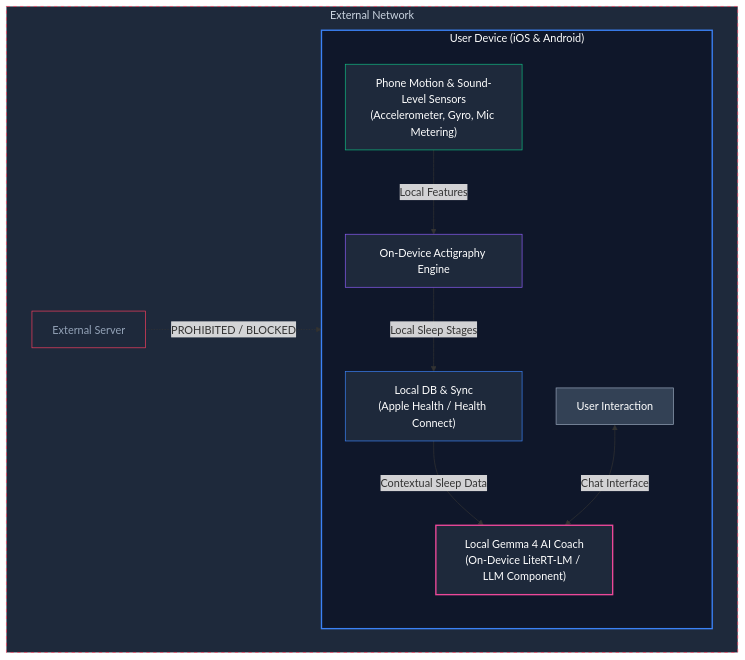
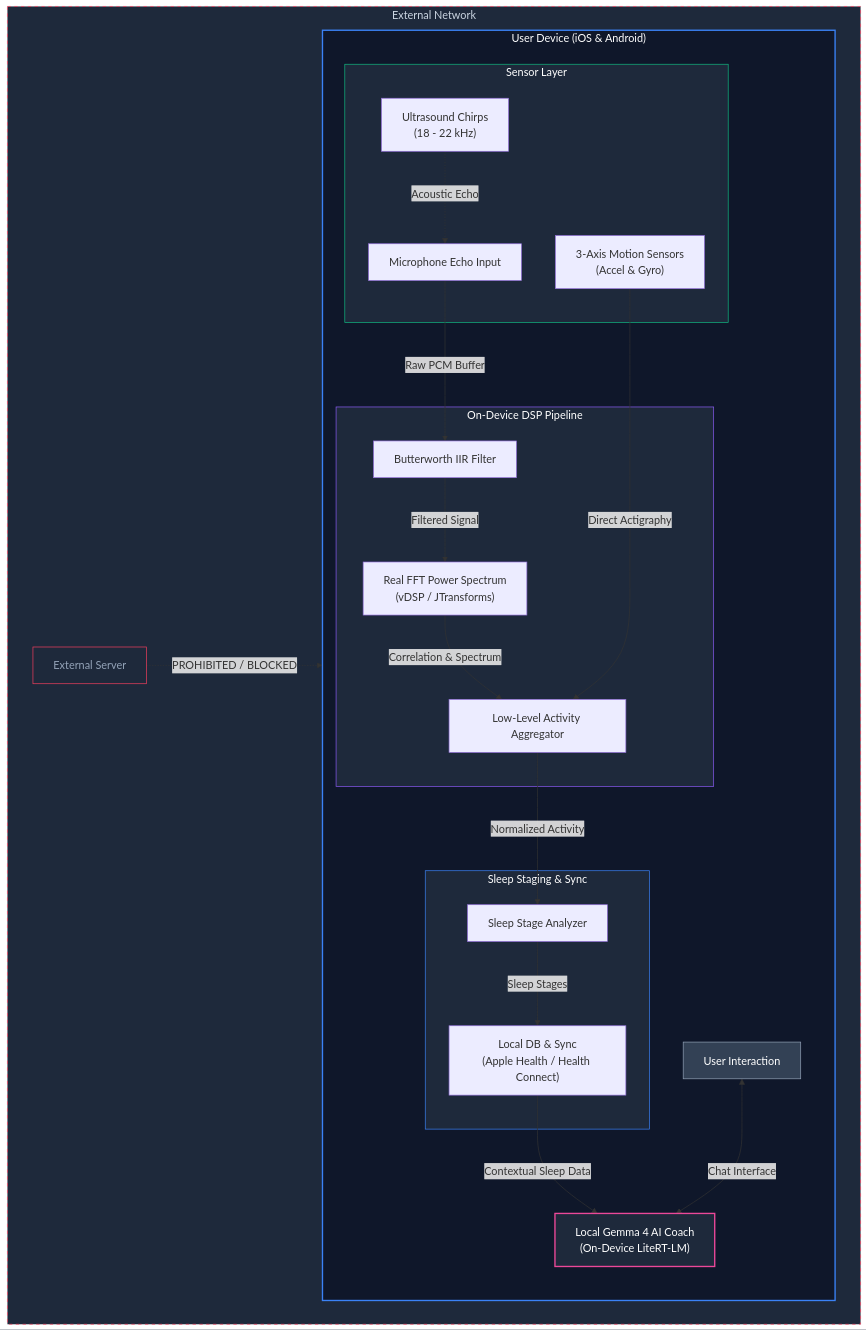
One commit to timmyy123/opensleep changed the diagram in README.md. Above: the diagram before and after it, drawn with Mermaid. The commit also changed other lines of this file and 4 other files, not shown here.

````diff
--- a/README.md
+++ b/README.md
@@ -47,24 +47,46 @@
 ```mermaid
 graph TD
     subgraph Device ["User Device (iOS & Android)"]
-        Sensors["Phone Motion & Sound-Level Sensors<br>(Accelerometer, Gyro, Mic Metering)"] -->|Local Features| Processor["On-Device Actigraphy Engine"]
-        Processor -->|Local Sleep Stages| Storage["Local DB & Sync<br>(Apple Health / Health Connect)"]
+        subgraph Sensors ["Sensor Layer"]
+            Speaker["Ultrasound Chirps<br>(18 - 22 kHz)"]
+            Mic["Microphone Echo Input"]
+            Motion["3-Axis Motion Sensors<br>(Accel & Gyro)"]
+        end
+
+        subgraph DSP ["On-Device DSP Pipeline"]
+            IIR["Butterworth IIR Filter"]
+            FFT["Real FFT Power Spectrum<br>(vDSP / JTransforms)"]
+            Aggregator["Low-Level Activity Aggregator"]
+        end
+
+        subgraph Staging ["Sleep Staging & Sync"]
+            Analyzer["Sleep Stage Analyzer"]
+            Storage["Local DB & Sync<br>(Apple Health / Health Connect)"]
+        end
+
+        Speaker -.->|Acoustic Echo| Mic
+        Mic -->|Raw PCM Buffer| IIR
+        IIR -->|Filtered Signal| FFT
+        FFT -->|Correlation & Spectrum| Aggregator
+        Motion -->|Direct Actigraphy| Aggregator
+        Aggregator -->|Normalized Activity| Analyzer
+        Analyzer -->|Sleep Stages| Storage
         
-        Storage -->|Contextual Sleep Data| AI["Local Gemma 4 AI Coach<br>(On-Device LiteRT-LM / LLM Component)"]
+        Storage -->|Contextual Sleep Data| AI["Local Gemma 4 AI Coach<br>(On-Device LiteRT-LM)"]
         User["User Interaction"] <-->|Chat Interface| AI
     end
     
     subgraph Cloud ["External Network"]
         direction LR
         Server["External Server"] -.->|PROHIBITED / BLOCKED| Device
     end
     
     style Device fill:#0f172a,stroke:#3b82f6,stroke-width:2px,color:#fff
     style Cloud fill:#1e293b,stroke:#f43f5e,stroke-width:1px,stroke-dasharray: 5 5,color:#cbd5e1
     style Sensors fill:#1e293b,stroke:#10b981,stroke-width:1px,color:#fff
-    style Processor fill:#1e293b,stroke:#8b5cf6,stroke-width:1px,color:#fff
-    style Storage fill:#1e293b,stroke:#3b82f6,stroke-width:1px,color:#fff
+    style DSP fill:#1e293b,stroke:#8b5cf6,stroke-width:1px,color:#fff
+    style Staging fill:#1e293b,stroke:#3b82f6,stroke-width:1px,color:#fff
     style AI fill:#1e293b,stroke:#ec4899,stroke-width:2px,color:#fff
     style User fill:#334155,stroke:#94a3b8,stroke-width:1px,color:#fff
     style Server fill:#1e293b,stroke:#f43f5e,stroke-width:1px,color:#94a3b8
 ```
````
